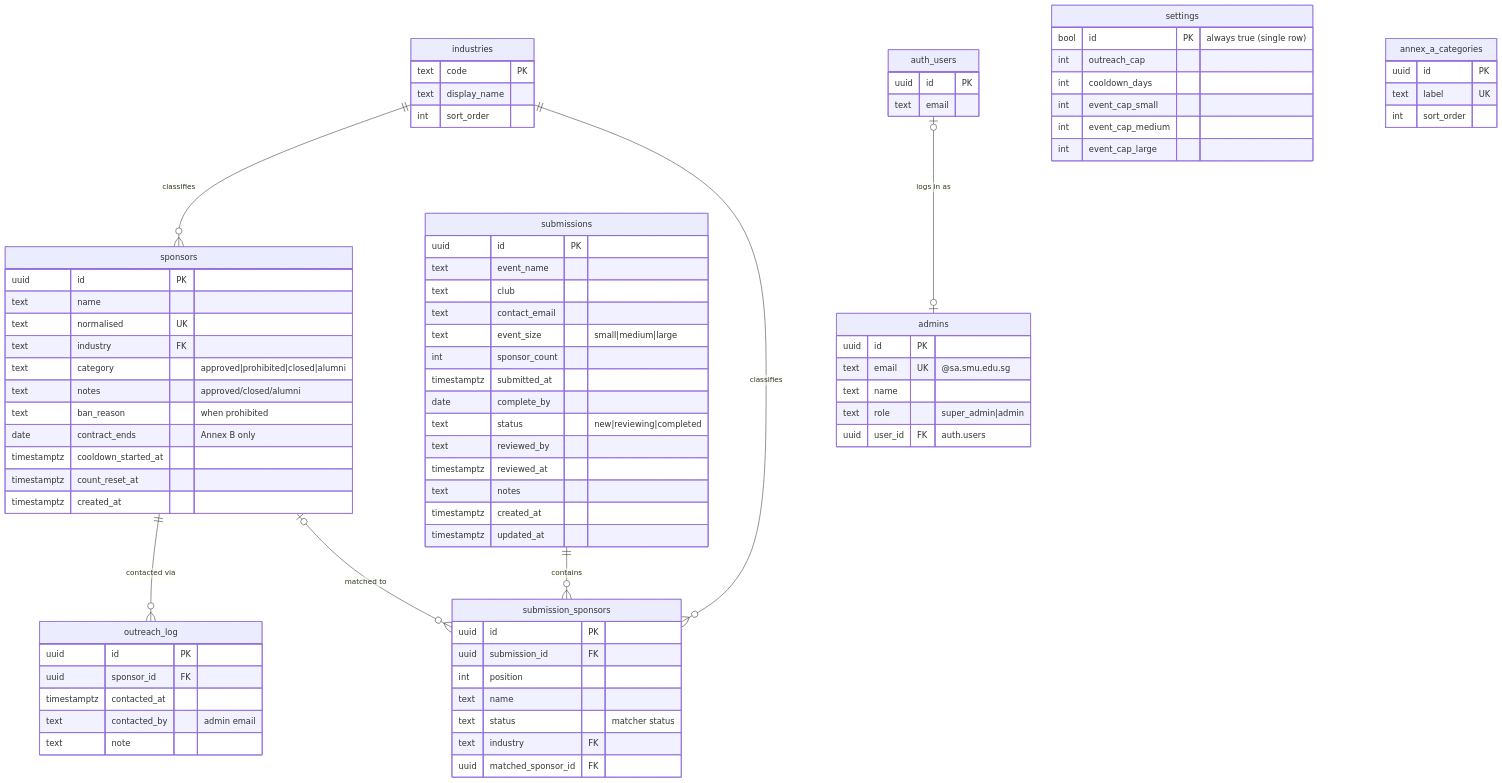
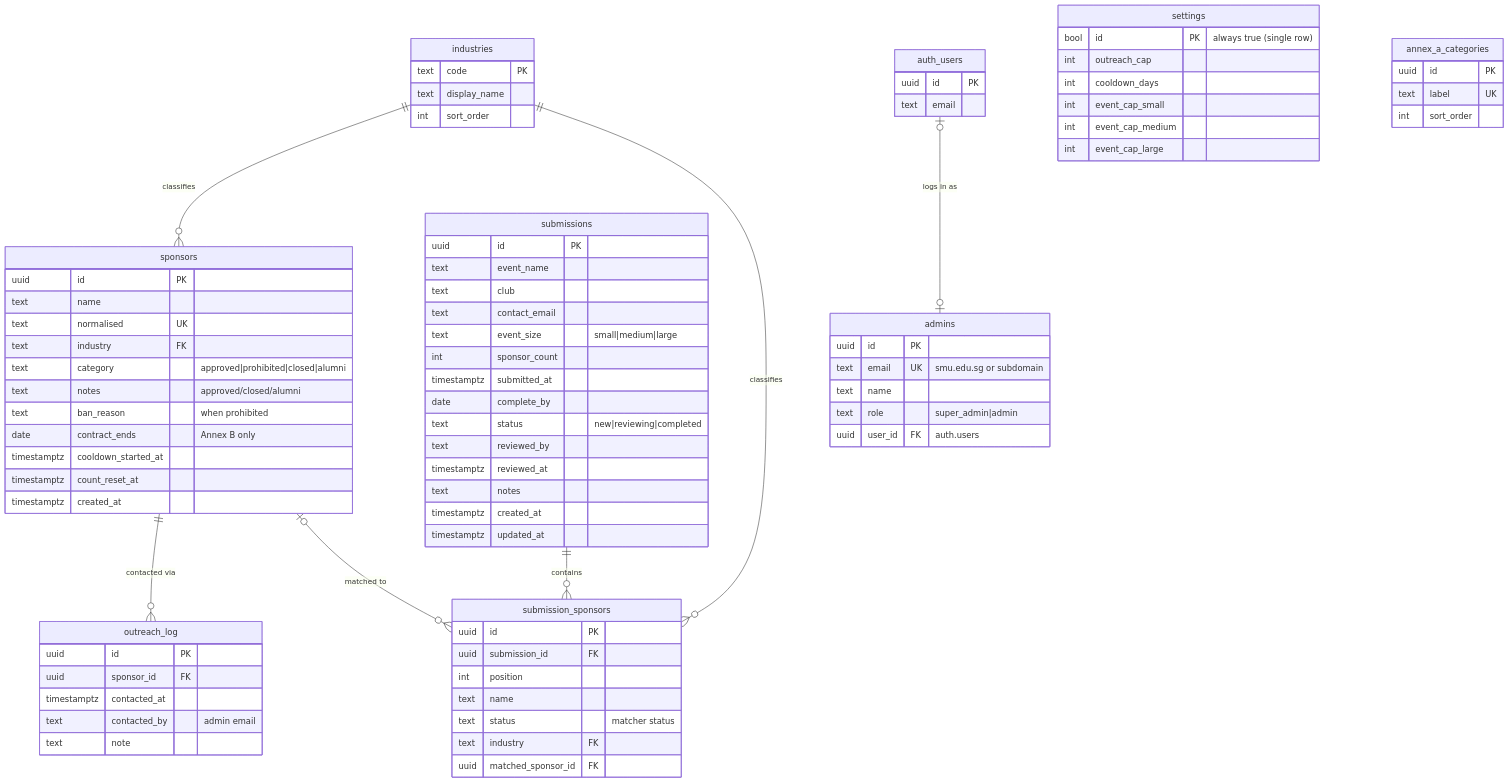
Before and after one commit to triciaaleee/BIZCOM-SponsorCheck: the diagram in supabase/DATABASE_GUIDE.md, drawn with Mermaid. The commit also changed other lines of this file and 5 other files, not shown here.

```diff
--- a/supabase/DATABASE_GUIDE.md
+++ b/supabase/DATABASE_GUIDE.md
@@ -198,7 +198,7 @@
     }
     admins {
         uuid id PK
-        text email UK "@sa.smu.edu.sg"
+        text email UK "smu.edu.sg or subdomain"
         text name
         text role "super_admin|admin"
         uuid user_id FK "auth.users"
```
